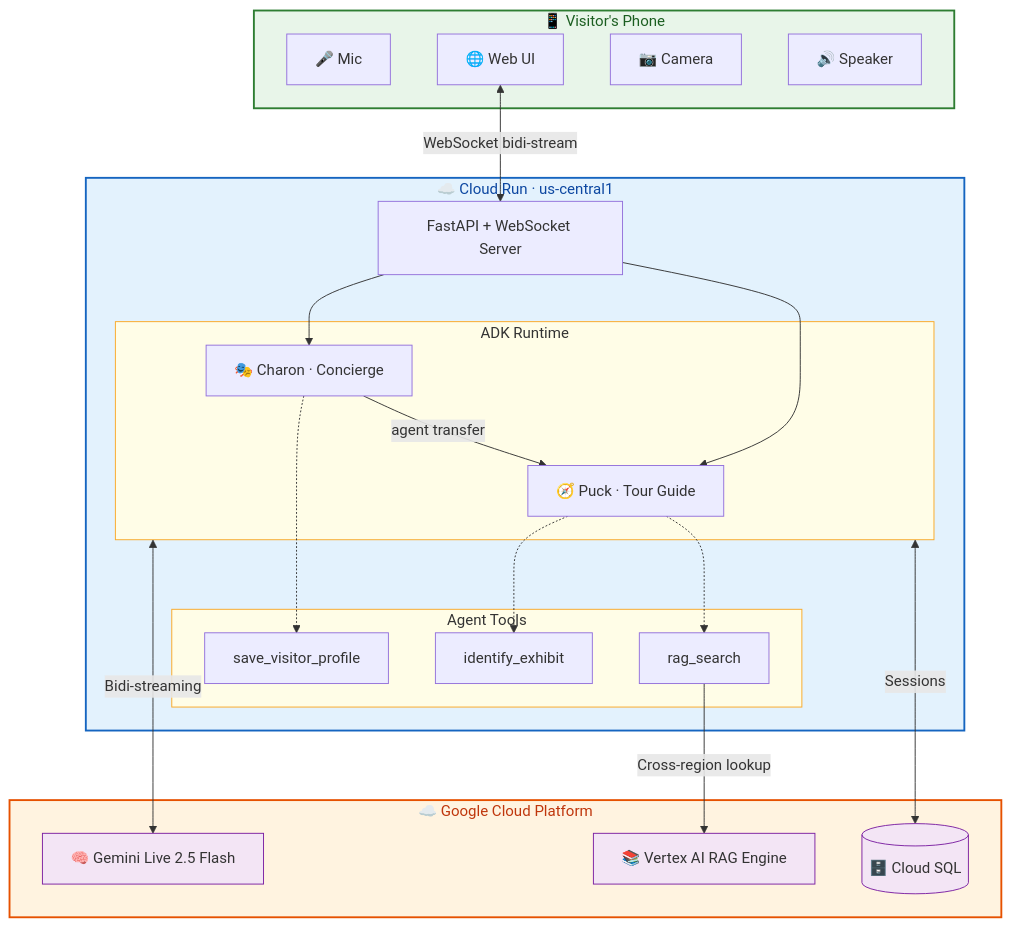
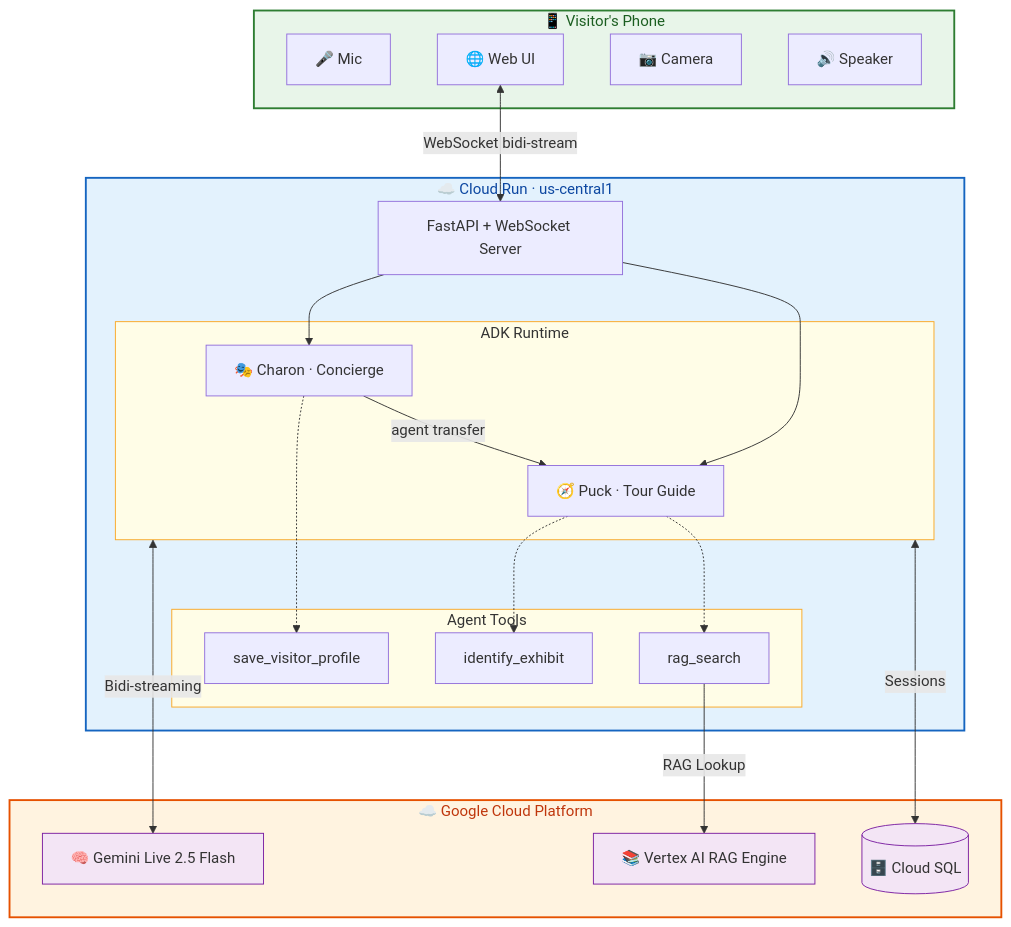
One commit to casspapa/MyPocketGuide changed the first of 2 diagrams in README.md. Above: the diagram before and after it, drawn with Mermaid.

Commit message:
Change RAGTOOL label to 'RAG Lookup'
Updated the RAGTOOL connection label in the diagram.

````diff
--- a/README.md
+++ b/README.md
@@ -83,52 +83,52 @@
 ```mermaid
 flowchart TD
     subgraph VISITOR["📱 Visitor's Phone"]
         MIC["🎤 Mic"]
         UI["🌐 Web UI"]
         CAM["📷 Camera"]
         SPEAKER["🔊 Speaker"]
     end
 
     UI <-->|"WebSocket bidi-stream"| FASTAPI
 
     subgraph GCR["☁️ Cloud Run · us-central1"]
         FASTAPI["FastAPI + WebSocket Server"]
 
         FASTAPI --> CONCIERGE
         FASTAPI --> TOURGUIDE
 
         subgraph ADK["ADK Runtime"]
             CONCIERGE["🎭 Charon · Concierge"]
             CONCIERGE -->|"agent transfer"| TOURGUIDE["🧭 Puck · Tour Guide"]
         end
 
         subgraph TOOLS["Agent Tools"]
             PROFILE["save_visitor_profile"]
             IDENTIFY["identify_exhibit"]
             RAGTOOL["rag_search"]
         end
 
         CONCIERGE -.-> PROFILE
         TOURGUIDE -.-> IDENTIFY
         TOURGUIDE -.-> RAGTOOL
     end
 
     ADK <-->|"Bidi-streaming"| GEMINI
-    RAGTOOL -->|"Cross-region lookup"| RAG
+    RAGTOOL -->|"RAG Lookup"| RAG
     ADK <-->|"Sessions"| CLOUDSQL
 
     subgraph GCP["☁️ Google Cloud Platform"]
         GEMINI["🧠 Gemini Live 2.5 Flash"]
         RAG["📚 Vertex AI RAG Engine"]
         CLOUDSQL[("🗄️ Cloud SQL")]
     end
 
     style VISITOR fill:#E8F5E9,stroke:#2E7D32,stroke-width:2px,color:#1B5E20
     style GCR fill:#E3F2FD,stroke:#1565C0,stroke-width:2px,color:#0D47A1
     style GCP fill:#FFF3E0,stroke:#E65100,stroke-width:2px,color:#BF360C
     style ADK fill:#FFFDE7,stroke:#F9A825,stroke-width:1px
     style TOOLS fill:#FFFDE7,stroke:#F9A825,stroke-width:1px
     style GEMINI fill:#F3E5F5,stroke:#7B1FA2,stroke-width:1px
     style RAG fill:#F3E5F5,stroke:#7B1FA2,stroke-width:1px
     style CLOUDSQL fill:#F3E5F5,stroke:#7B1FA2,stroke-width:1px
 ```
````
